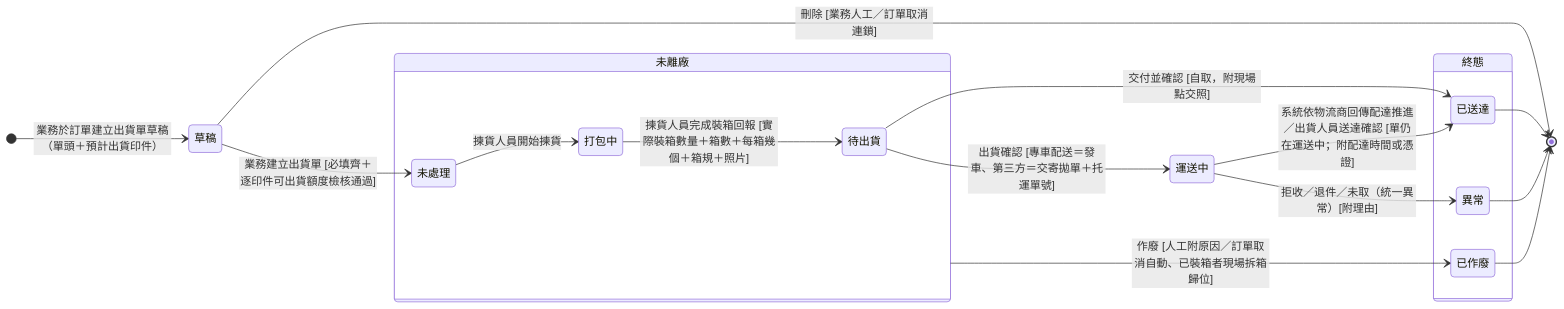
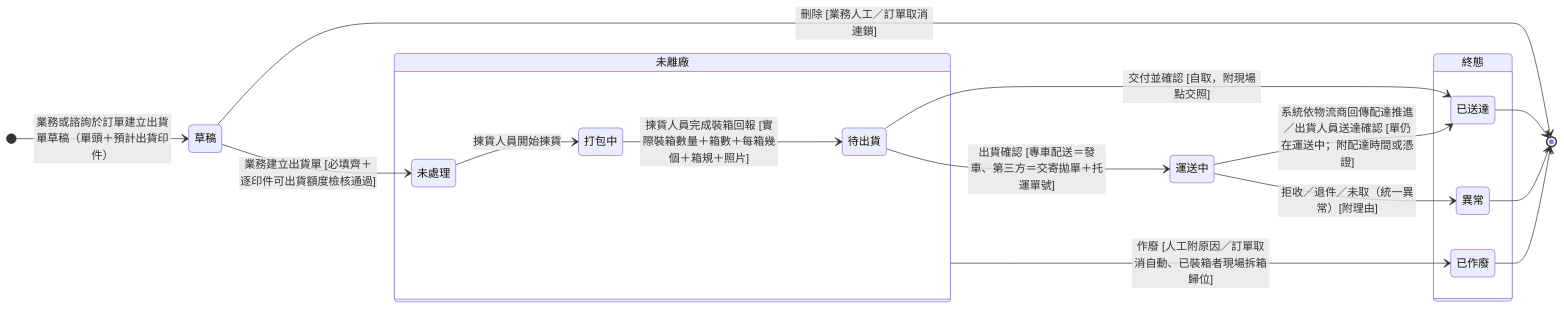
The diagram in memory/Sens_wiki/wiki/erp/06-state-machines/出貨單狀態.md (Kawato-Miles/erp-spec), drawn with Mermaid before and after one commit. The commit also changed other lines of this file and 30 other files, not shown here.

````diff
--- a/memory/Sens_wiki/wiki/erp/06-state-machines/出貨單狀態.md
+++ b/memory/Sens_wiki/wiki/erp/06-state-machines/出貨單狀態.md
@@ -43,38 +43,38 @@
 ```mermaid
 stateDiagram-v2
     direction LR
 
     state "草稿" as s_draft
 
-    [*] --> s_draft : 業務於訂單建立出貨單草稿（單頭＋預計出貨印件）
+    [*] --> s_draft : 業務或諮詢於訂單建立出貨單草稿（單頭＋預計出貨印件）
 
     state "未離廠" as OnSite {
         direction LR
         state "未處理" as s_pending
         state "打包中" as s_packing
         state "待出貨" as s_packed
         s_pending --> s_packing : 揀貨人員開始揀貨
         s_packing --> s_packed : 揀貨人員完成裝箱回報 [實際裝箱數量＋箱數＋每箱幾個＋箱規＋照片]
     }
 
     state "運送中" as s_shipping
 
     state "終態" as Final {
         direction LR
         state "已送達" as s_arrived
         state "異常" as s_failed
         state "已作廢" as s_void
     }
 
     s_draft --> s_pending : 業務建立出貨單 [必填齊＋逐印件可出貨額度檢核通過]
     s_draft --> [*] : 刪除 [業務人工／訂單取消連鎖]
     s_packed --> s_shipping : 出貨確認 [專車配送＝發車、第三方＝交寄拋單＋托運單號]
     s_packed --> s_arrived : 交付並確認 [自取，附現場點交照]
     s_shipping --> s_arrived : 系統依物流商回傳配達推進／出貨人員送達確認 [單仍在運送中；附配達時間或憑證]
     s_shipping --> s_failed : 拒收／退件／未取（統一異常）[附理由]
     OnSite --> s_void : 作廢 [人工附原因／訂單取消自動、已裝箱者現場拆箱歸位]
 
     s_arrived --> [*]
     s_failed --> [*]
     s_void --> [*]
 ```
````
